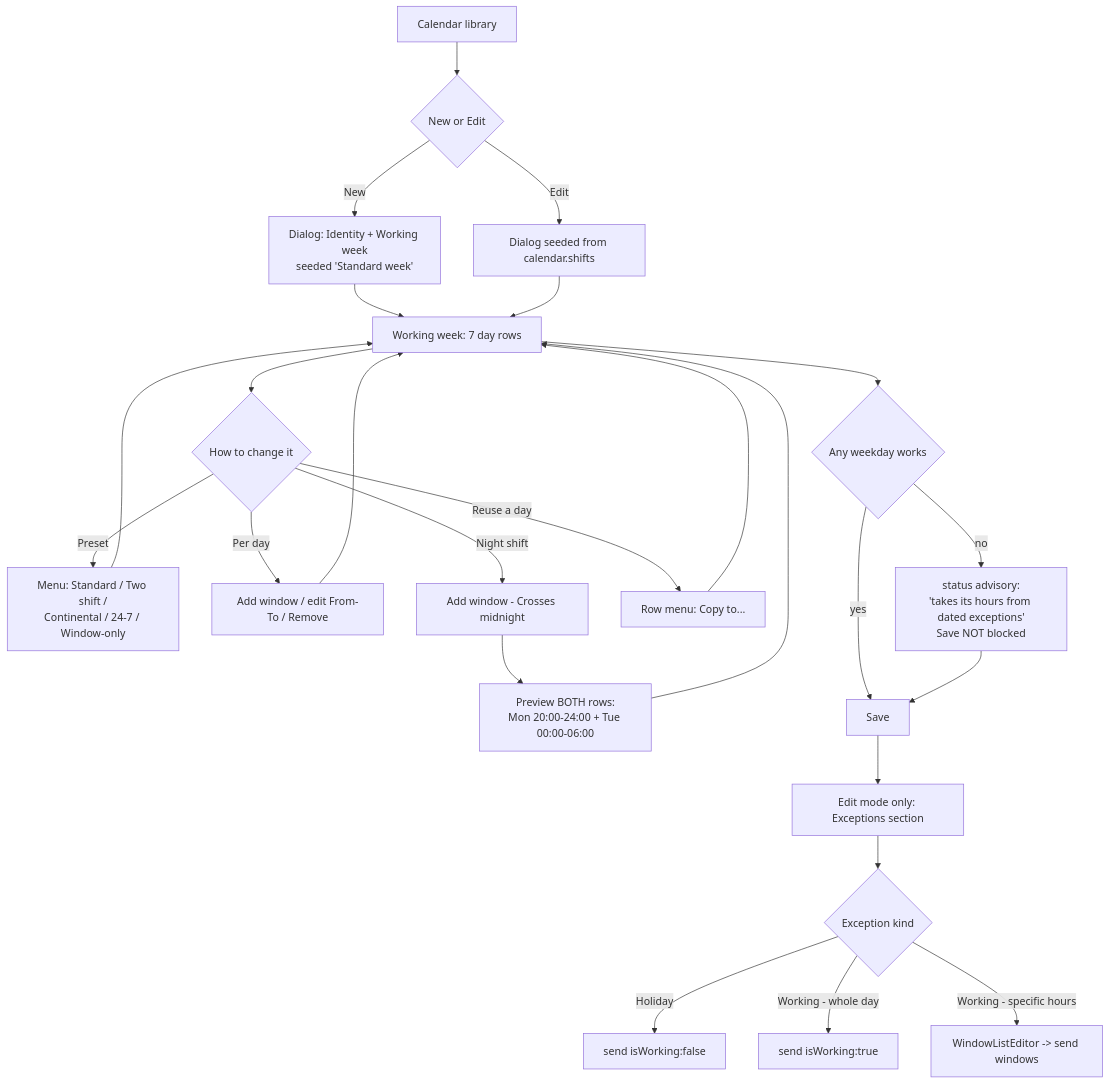
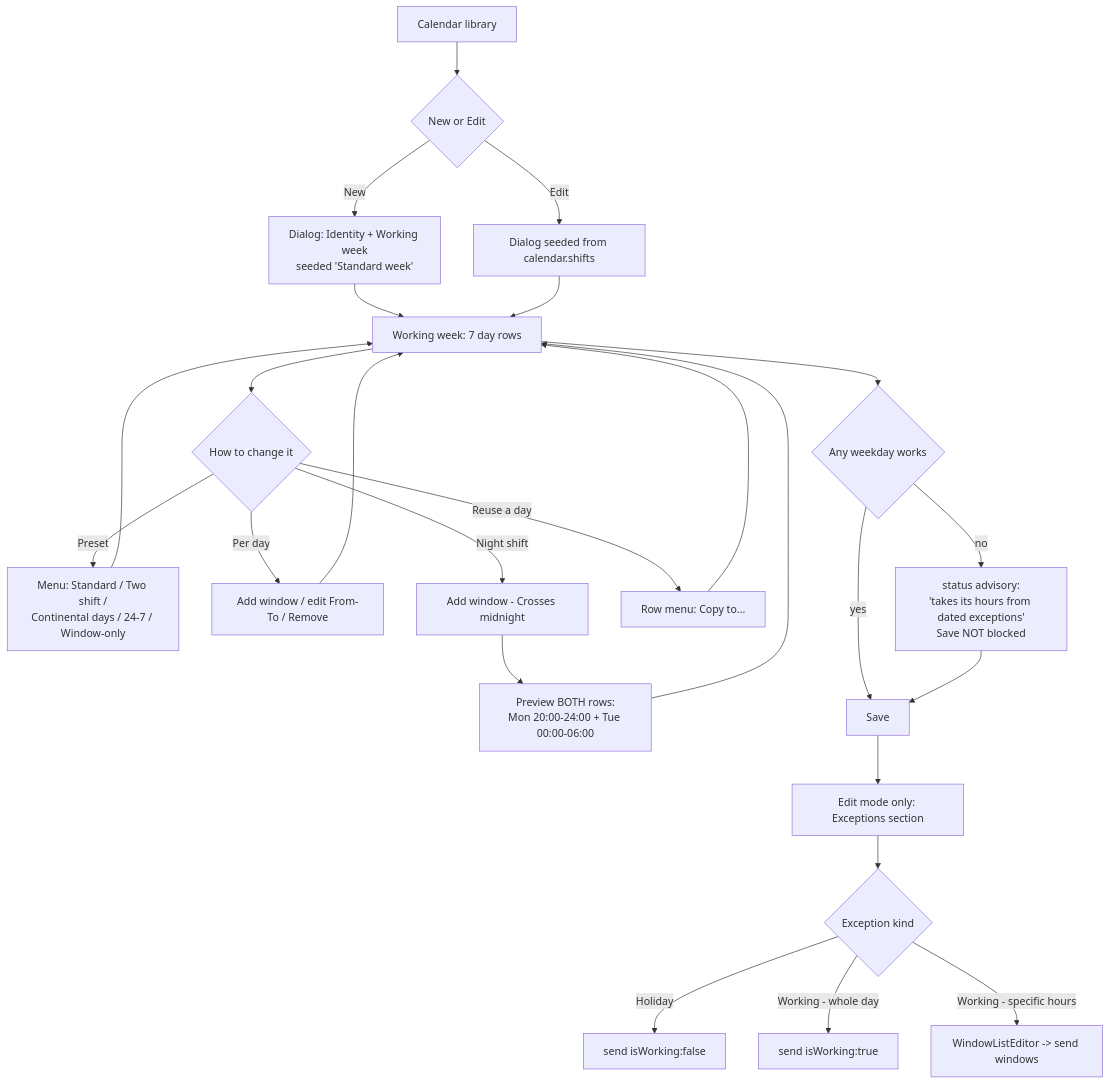
Before and after one commit to HuttonHomeHub/SchedulePoint_1: the fourth of 4 diagrams in docs/specs/calendar-shift-editor/feature-spec.md, drawn with Mermaid. The commit also changed other lines of this file and 10 other files, not shown here.

````diff
--- a/docs/specs/calendar-shift-editor/feature-spec.md
+++ b/docs/specs/calendar-shift-editor/feature-spec.md
@@ -693,27 +702,27 @@
 ```mermaid
 flowchart TD
   A[Calendar library] --> B{New or Edit}
   B -->|New| C[Dialog: Identity + Working week<br/>seeded 'Standard week']
   B -->|Edit| D[Dialog seeded from calendar.shifts]
   C --> E[Working week: 7 day rows]
   D --> E
   E --> F{How to change it}
-  F -->|Preset| G[Menu: Standard / Two shift /<br/>Continental / 24-7 / Window-only]
+  F -->|Preset| G[Menu: Standard / Two shift /<br/>Continental days / 24-7 / Window-only]
   F -->|Per day| H[Add window / edit From-To / Remove]
   F -->|Night shift| I[Add window - Crosses midnight]
   F -->|Reuse a day| J[Row menu: Copy to...]
   G --> E
   H --> E
   J --> E
   I --> K[Preview BOTH rows:<br/>Mon 20:00-24:00 + Tue 00:00-06:00]
   K --> E
   E --> L{Any weekday works}
   L -->|no| M["status advisory:<br/>'takes its hours from dated exceptions'<br/>Save NOT blocked"]
   L -->|yes| N[Save]
   M --> N
   N --> O[Edit mode only: Exceptions section]
   O --> P{Exception kind}
   P -->|Holiday| Q[send isWorking:false]
   P -->|Working - whole day| R[send isWorking:true]
   P -->|Working - specific hours| S[WindowListEditor -> send windows]
 ```
````
